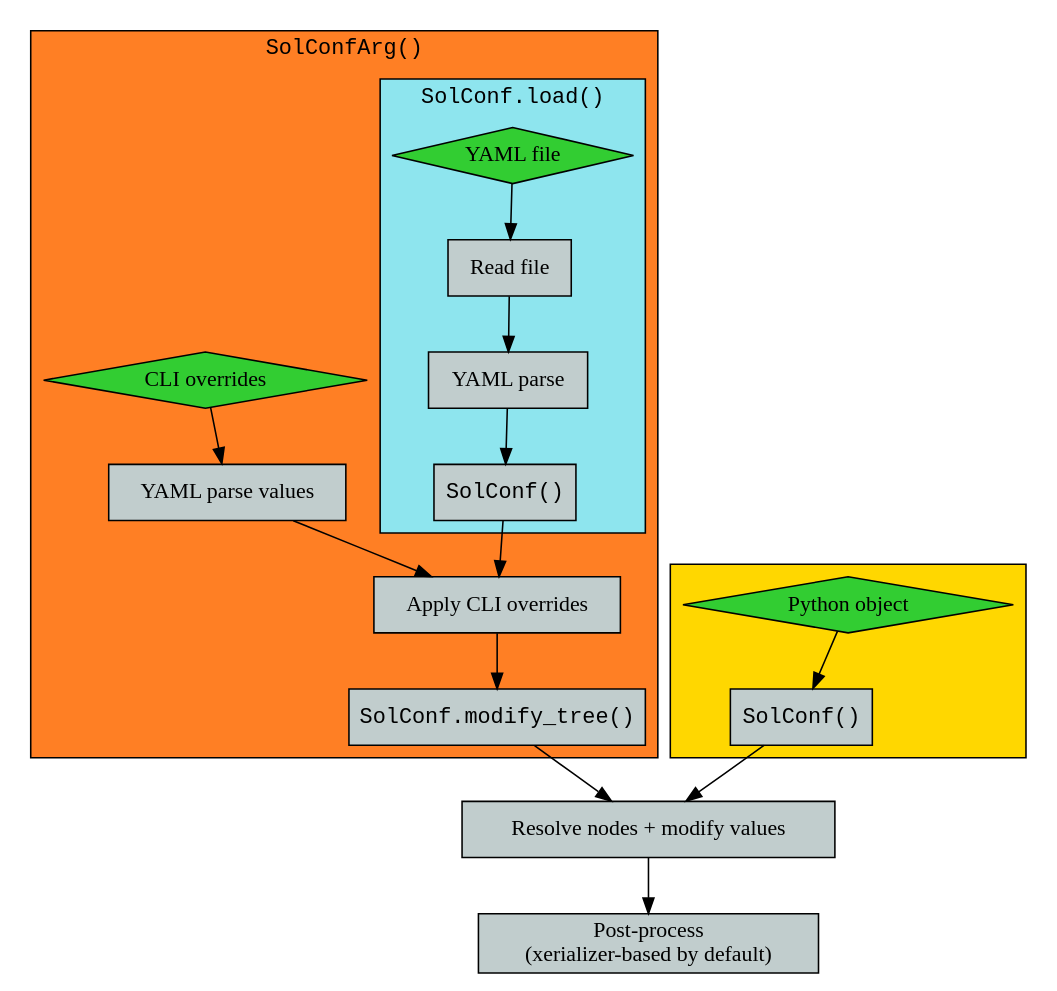
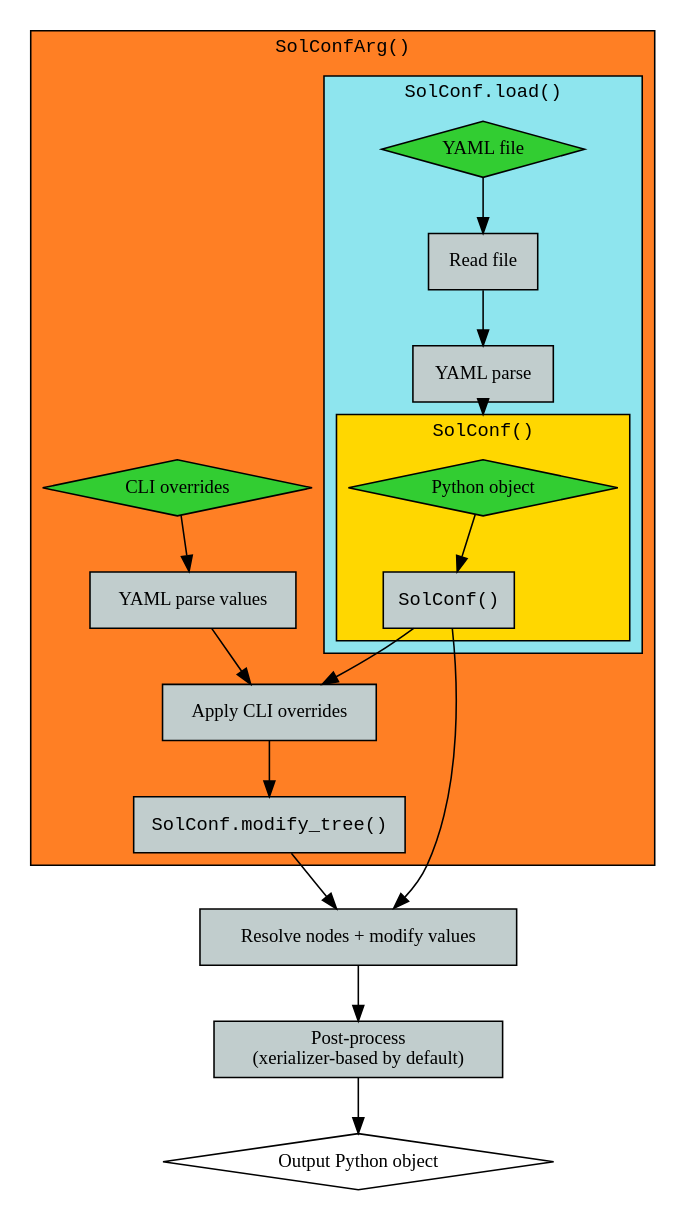
The first of 2 diagrams in docs/source/content/intro.rst (zepedaj/soleil), drawn with Graphviz before and after one commit. The commit also changed other lines of this file and 1 other file, not shown here.

Commit message:
Workflow diagram improvements.

```diff
--- a/docs/source/content/intro.rst
+++ b/docs/source/content/intro.rst
@@ -292,46 +291,55 @@
 .. graphviz::
-   :caption: |SolConf| creation, modification and resolution workflow.
+   :layout: dot
+   :caption: |SolConf| creation, modification and resolution workflow illustrating the three main ways to instantiate a |SolConf| object -- through |SolConfArg|, with classmethod |SolConf.load|, or directly from a composition of serializable Python objects using |SolConf|.
 
-   digraph foo {       
-       node [shape=box,style="filled",fillcolor=azure3];
+   digraph foo {
+      rankdir = TB;
+      compound = true;
+      fontsize = 12;
+      node [shape=box,style="filled",fillcolor=azure3,fontsize=12];
 
-       subgraph cluster_0 {	 
-        label = "SolConfArg()"
-	fontname = "courier"
-	style = filled
-	fillcolor = chocolate1	
-	subgraph cluster_1 {
-	  fillcolor = cadetblue2
-	  label = "SolConf.load()"
-	  "YAML file" -> "Read file" -> "YAML parse" -> "SolConf1";
-	 }	 
-	 "SolConf1" -> "Apply CLI overrides"
-	 "CLI overrides" -> "YAML parse values" -> "Apply CLI overrides" -> "SolConf.modify_tree()" ;
-       }
-       "SolConf.modify_tree()" -> resolve
 
-       subgraph cluster_2 {
-         style=filled
-         fillcolor=gold1
-         "Python object" -> SolConf2;
-       }
-       SolConf2 -> resolve
-       
+      subgraph cluster_solconfarg {        
+       label = "SolConfArg()"
+       fontname = "courier"
+       style = filled
+       fillcolor = chocolate1	
 
-       #
-       resolve -> "Post-process\n(xerializer-based by default)";
+       subgraph cluster_solconf_load {	  
+	 fillcolor = cadetblue2
+	 label = "SolConf.load()"
+	 "YAML file" -> "Read file" -> "YAML parse";
 
-       # Input nodes       
-       "YAML file" [shape=diamond, fillcolor=limegreen];
-       "CLI overrides" [shape=diamond, fillcolor=limegreen];
-       "Python object" [shape=diamond, fillcolor=limegreen];
+	 subgraph cluster_solconf {
+	   label = "SolConf()"
+	   style=filled
+	   fillcolor=gold1
+	   "Python object" -> SolConf;
+	 }
 
-       # Code blocks.       
-       SolConf1 [fontname="Courier", label="SolConf()"]
-       SolConf2 [fontname="Courier", label="SolConf()"]
-       "SolConf.modify_tree()" [fontname="Courier"]
+	}	 
+	"SolConf" -> "Apply CLI overrides"
+	"CLI overrides" -> "YAML parse values" -> "Apply CLI overrides" -> "SolConf.modify_tree()" ;
+      }
+      "YAML parse" -> "Python object" [lhead=cluster_solconf];
+      "SolConf.modify_tree()" -> resolve
+      SolConf -> resolve
 
-       # Other blocks
-       resolve [label="Resolve nodes + modify values"]
+      #
+      resolve -> "Post-process\n(xerializer-based by default)" -> "Output Python object";
+
+
+      # Input nodes       
+      "YAML file" [shape=diamond, fillcolor=limegreen];
+      "CLI overrides" [shape=diamond, fillcolor=limegreen];
+      "Python object" [shape=diamond, fillcolor=limegreen];
+      "Output Python object" [shape=diamond, fillcolor=white];
+
+      # Code blocks.       
+      SolConf [fontname="Courier", label="SolConf()"]
+      "SolConf.modify_tree()" [fontname="Courier"]
+
+      # Other blocks
+      resolve [label="Resolve nodes + modify values"]
 
    }
```
